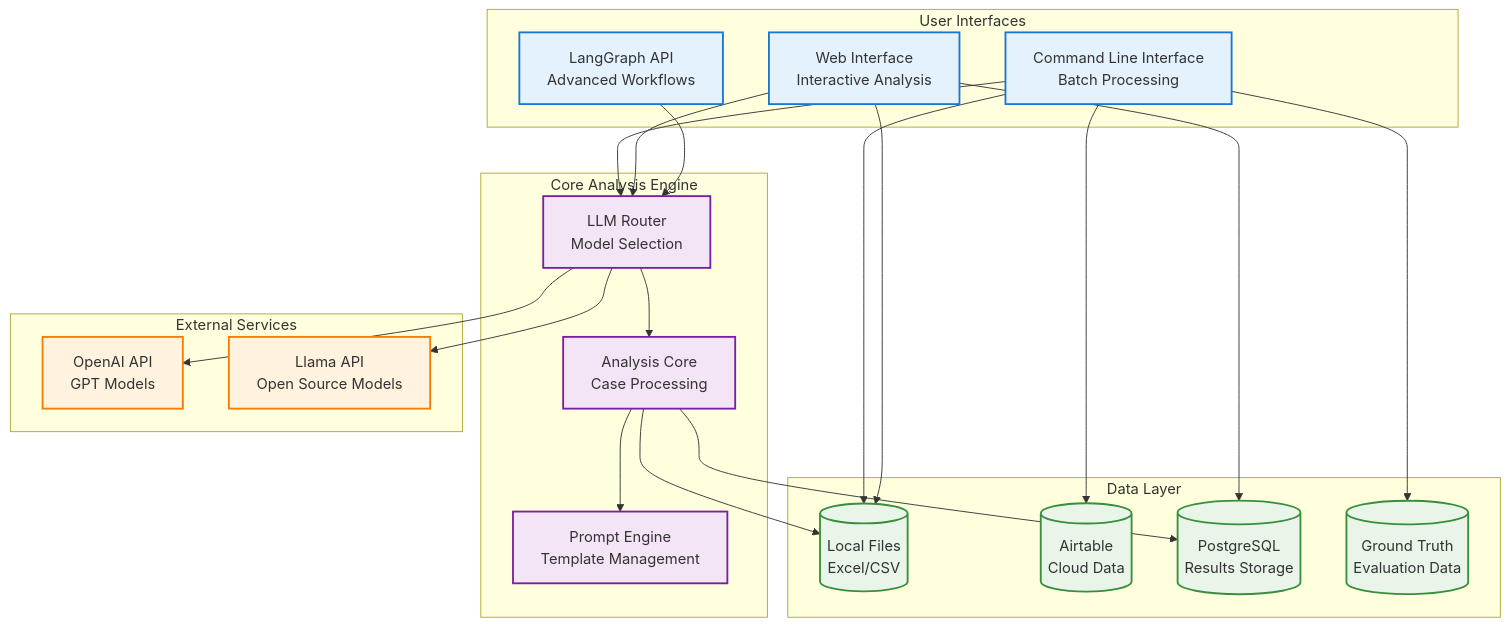
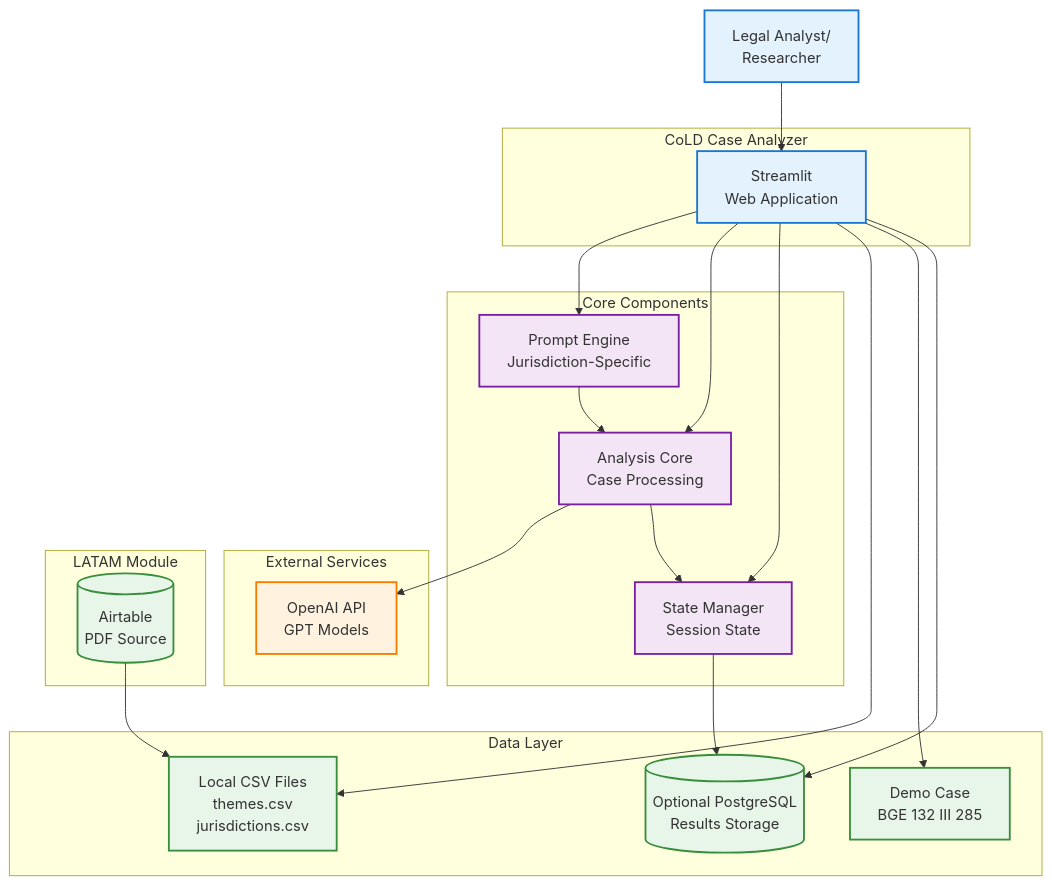
The first of 8 diagrams in docs/WORKFLOWS.md (Choice-of-Law-Dataverse/cold-case-analysis), drawn with Mermaid before and after one commit. The commit also changed other lines of this file and 4 other files, not shown here.

First line of the commit message:
doc: rewrite documentation to reflect current single Streamlit application structure (#31)

````diff
--- a/docs/WORKFLOWS.md
+++ b/docs/WORKFLOWS.md
@@ -7,60 +7,58 @@
 ```mermaid
 graph TB
-    subgraph "User Interfaces"
-        CLI[Command Line Interface<br/>Batch Processing]
-        WebUI[Web Interface<br/>Interactive Analysis]
-        GraphAPI[LangGraph API<br/>Advanced Workflows]
+    User[Legal Analyst/<br/>Researcher]
+    
+    subgraph "CoLD Case Analyzer"
+        WebUI[Streamlit<br/>Web Application]
     end
     
-    subgraph "Core Analysis Engine"
-        LLMRouter[LLM Router<br/>Model Selection]
+    subgraph "Core Components"
+        PromptEngine[Prompt Engine<br/>Jurisdiction-Specific]
         AnalysisCore[Analysis Core<br/>Case Processing]
-        PromptEngine[Prompt Engine<br/>Template Management]
+        StateManager[State Manager<br/>Session State]
     end
     
     subgraph "Data Layer"
-        LocalData[(Local Files<br/>Excel/CSV)]
-        RemoteData[(Airtable<br/>Cloud Data)]
-        ResultsDB[(PostgreSQL<br/>Results Storage)]
-        GroundTruth[(Ground Truth<br/>Evaluation Data)]
+        LocalData[Local CSV Files<br/>themes.csv<br/>jurisdictions.csv]
+        DemoCase[Demo Case<br/>BGE 132 III 285]
+        ResultsDB[(Optional PostgreSQL<br/>Results Storage)]
     end
     
     subgraph "External Services"
         OpenAI[OpenAI API<br/>GPT Models]
-        LlamaAPI[Llama API<br/>Open Source Models]
+    end
+    
+    subgraph "LATAM Module"
+        Airtable[(Airtable<br/>PDF Source)]
     end
     
     %% User Interface Connections
-    CLI --> LLMRouter
-    WebUI --> LLMRouter
-    GraphAPI --> LLMRouter
+    User --> WebUI
+    WebUI --> PromptEngine
+    WebUI --> AnalysisCore
+    WebUI --> StateManager
     
-    %% Core Engine Connections
-    LLMRouter --> AnalysisCore
-    AnalysisCore --> PromptEngine
+    %% Core Connections
+    PromptEngine --> AnalysisCore
+    AnalysisCore --> OpenAI
     
     %% Data Connections
-    CLI --> LocalData
-    CLI --> RemoteData
     WebUI --> LocalData
+    WebUI --> DemoCase
     WebUI --> ResultsDB
-    CLI --> GroundTruth
-    
-    %% External Service Connections
-    LLMRouter --> OpenAI
-    LLMRouter --> LlamaAPI
+    Airtable --> LocalData
     
     %% Results Flow
-    AnalysisCore --> ResultsDB
-    AnalysisCore --> LocalData
+    AnalysisCore --> StateManager
+    StateManager --> ResultsDB
 
     classDef ui fill:#e3f2fd,stroke:#1976d2,stroke-width:2px
     classDef core fill:#f3e5f5,stroke:#7b1fa2,stroke-width:2px
-    classDef data fill:#e8f5e8,stroke:#388e3c,stroke-width:2px
+    classDef data fill:#e8f5e9,stroke:#388e3c,stroke-width:2px
     classDef external fill:#fff3e0,stroke:#f57c00,stroke-width:2px
 
-    class CLI,WebUI,GraphAPI ui
-    class LLMRouter,AnalysisCore,PromptEngine core
-    class LocalData,RemoteData,ResultsDB,GroundTruth data
-    class OpenAI,LlamaAPI external
+    class User,WebUI ui
+    class PromptEngine,AnalysisCore,StateManager core
+    class LocalData,DemoCase,ResultsDB,Airtable data
+    class OpenAI external
 ```
````
